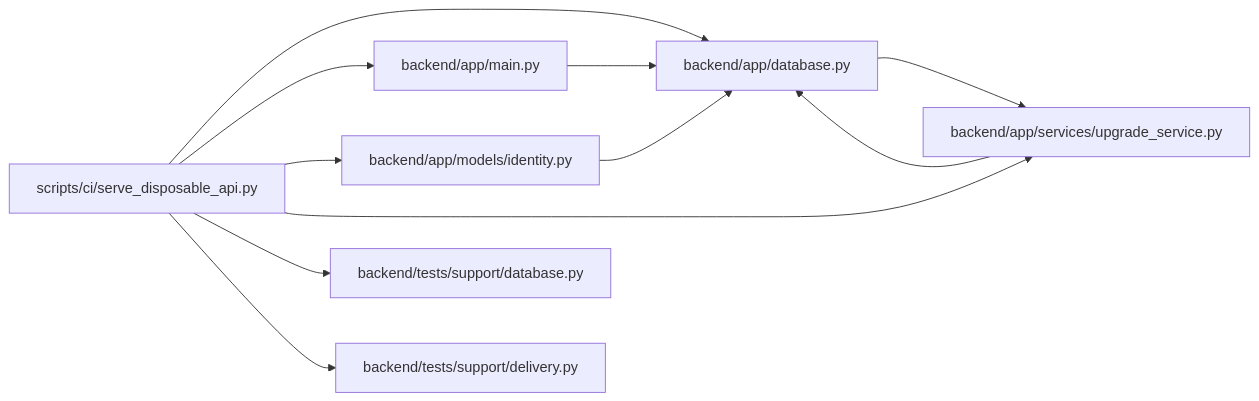
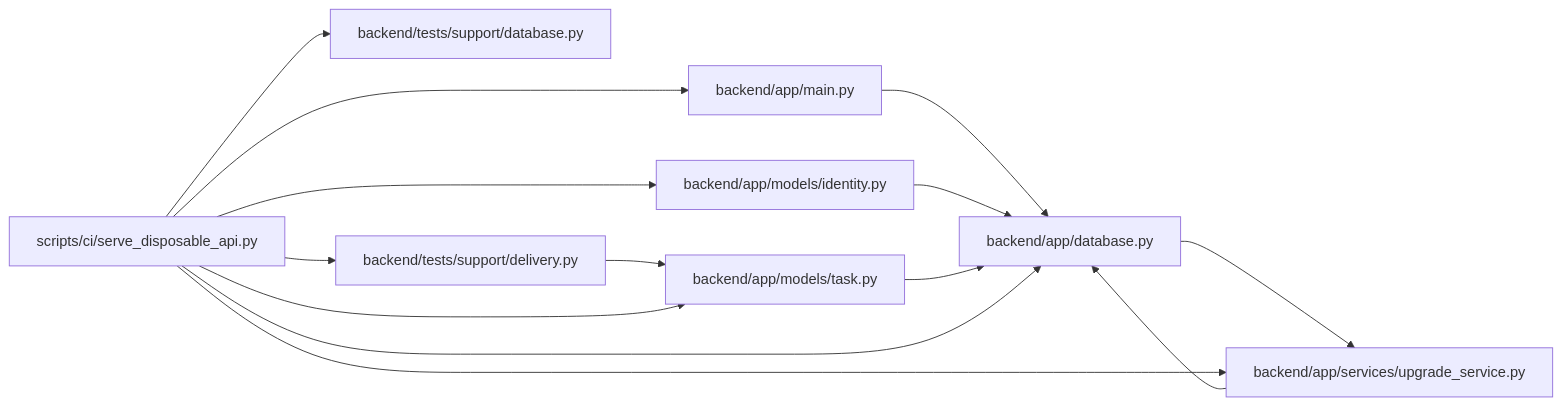
Before and after one commit to Denissvgn/WorkChord: the diagram in docs/llm_wiki/modules/serve_disposable_api.md, drawn with Mermaid. The commit also changed other lines of this file and 6624 other files, not shown here.

````diff
--- a/docs/llm_wiki/modules/serve_disposable_api.md
+++ b/docs/llm_wiki/modules/serve_disposable_api.md
@@ -29,27 +33,32 @@
 ```mermaid
 flowchart LR
     n0["backend/app/database.py"]
     n1["backend/app/main.py"]
     n2["backend/app/models/identity.py"]
-    n3["backend/app/services/upgrade_service.py"]
-    n4["backend/tests/support/database.py"]
-    n5["backend/tests/support/delivery.py"]
-    n6["scripts/ci/serve_disposable_api.py"]
-    n0 --> n3
+    n3["backend/app/models/task.py"]
+    n4["backend/app/services/upgrade_service.py"]
+    n5["backend/tests/support/database.py"]
+    n6["backend/tests/support/delivery.py"]
+    n7["scripts/ci/serve_disposable_api.py"]
+    n0 --> n4
     n1 --> n0
     n2 --> n0
     n3 --> n0
-    n6 --> n0
-    n6 --> n1
-    n6 --> n2
+    n4 --> n0
     n6 --> n3
-    n6 --> n4
-    n6 --> n5
+    n7 --> n0
+    n7 --> n1
+    n7 --> n2
+    n7 --> n3
+    n7 --> n4
+    n7 --> n5
+    n7 --> n6
     click n0 "../modules/app_database.md"
     click n1 "../modules/app_main.md"
     click n2 "../modules/models_identity.md"
-    click n3 "../modules/upgrade_service.md"
-    click n4 "../modules/support_database.md"
-    click n5 "../modules/delivery.md"
-    click n6 "../modules/serve_disposable_api.md"
+    click n3 "../modules/models_task.md"
+    click n4 "../modules/upgrade_service.md"
+    click n5 "../modules/support_database.md"
+    click n6 "../modules/delivery.md"
+    click n7 "../modules/serve_disposable_api.md"
 ```
````
